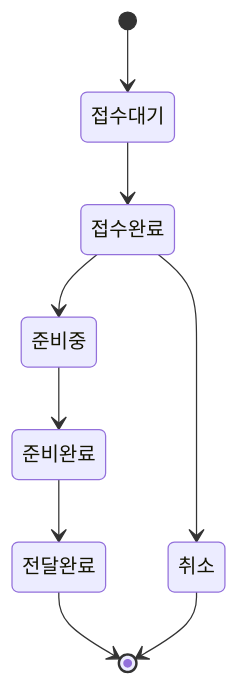
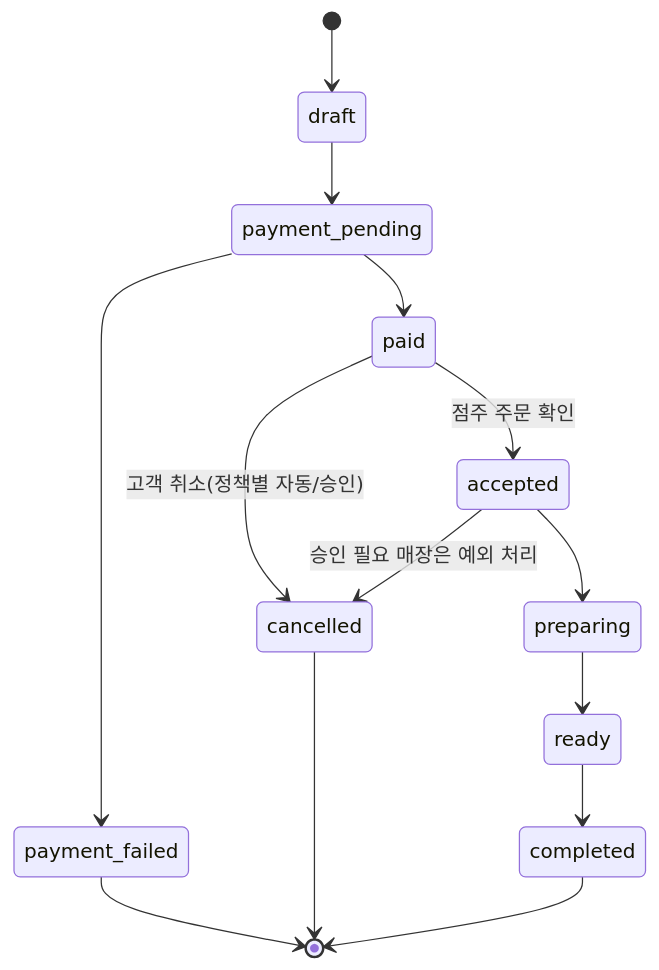
The third of 3 diagrams in profile/README.md (MGRV-Project/.github), drawn with Mermaid before and after one commit. The commit also changed other lines of this file, not shown here.

Commit message:
docs: 조직 프로필에 누락 레포·Research 섹션 추가, 주문 파이프라인 실제 상태로 수정 (#1)
docs/cafe-manager-research-audit/raw_data 레포가 목록에서 빠져 있었음.
Order Pipeline 다이어그램도 실제 backend 상태값(draft/payment_pending/
paid/accepted/preparing/ready/completed)과 다른 임의 라벨이라 교체.

````diff
--- a/profile/README.md
+++ b/profile/README.md
@@ -81,11 +100,16 @@
 ```mermaid
 stateDiagram-v2
-    [*] --> 접수대기
-    접수대기 --> 접수완료
-    접수완료 --> 준비중
-    준비중 --> 준비완료
-    준비완료 --> 전달완료
-    전달완료 --> [*]
-    접수완료 --> 취소
-    취소 --> [*]
+    [*] --> draft
+    draft --> payment_pending
+    payment_pending --> paid
+    payment_pending --> payment_failed
+    paid --> accepted: 점주 주문 확인
+    paid --> cancelled: 고객 취소(정책별 자동/승인)
+    accepted --> preparing
+    accepted --> cancelled: 승인 필요 매장은 예외 처리
+    preparing --> ready
+    ready --> completed
+    payment_failed --> [*]
+    cancelled --> [*]
+    completed --> [*]
 ```
````
